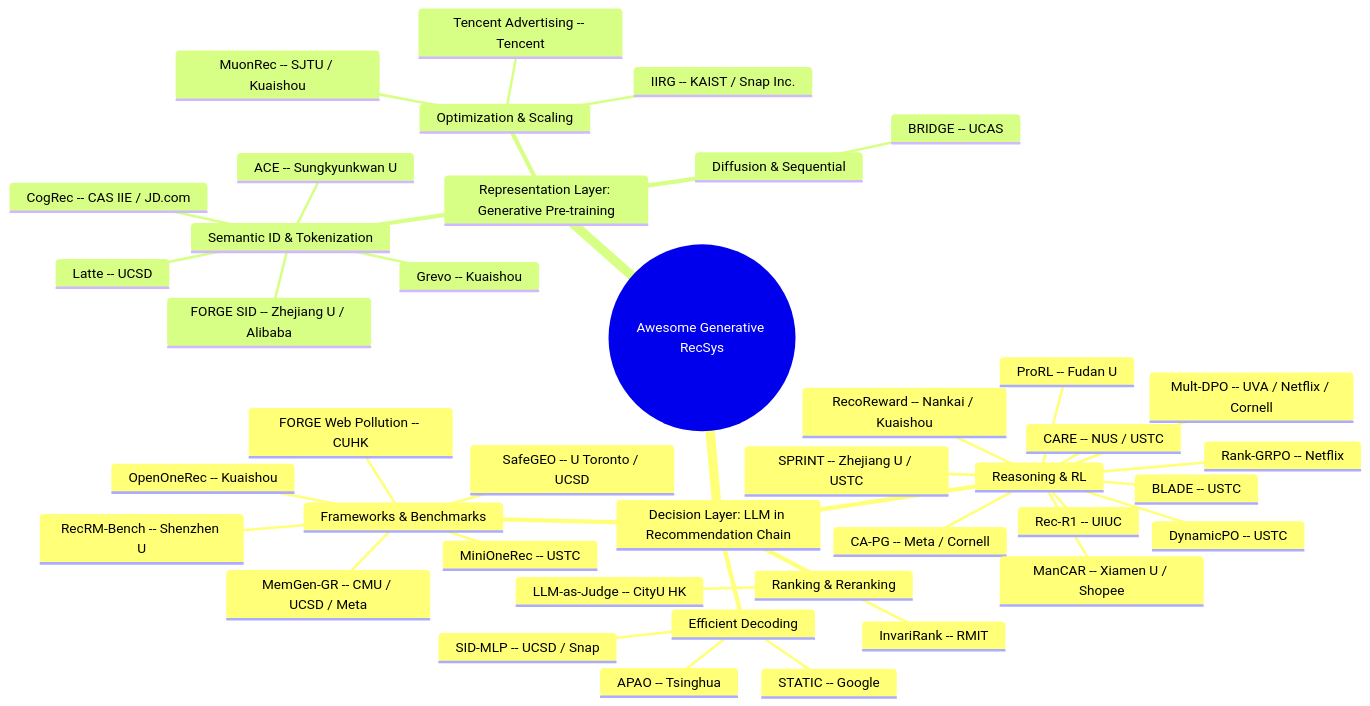
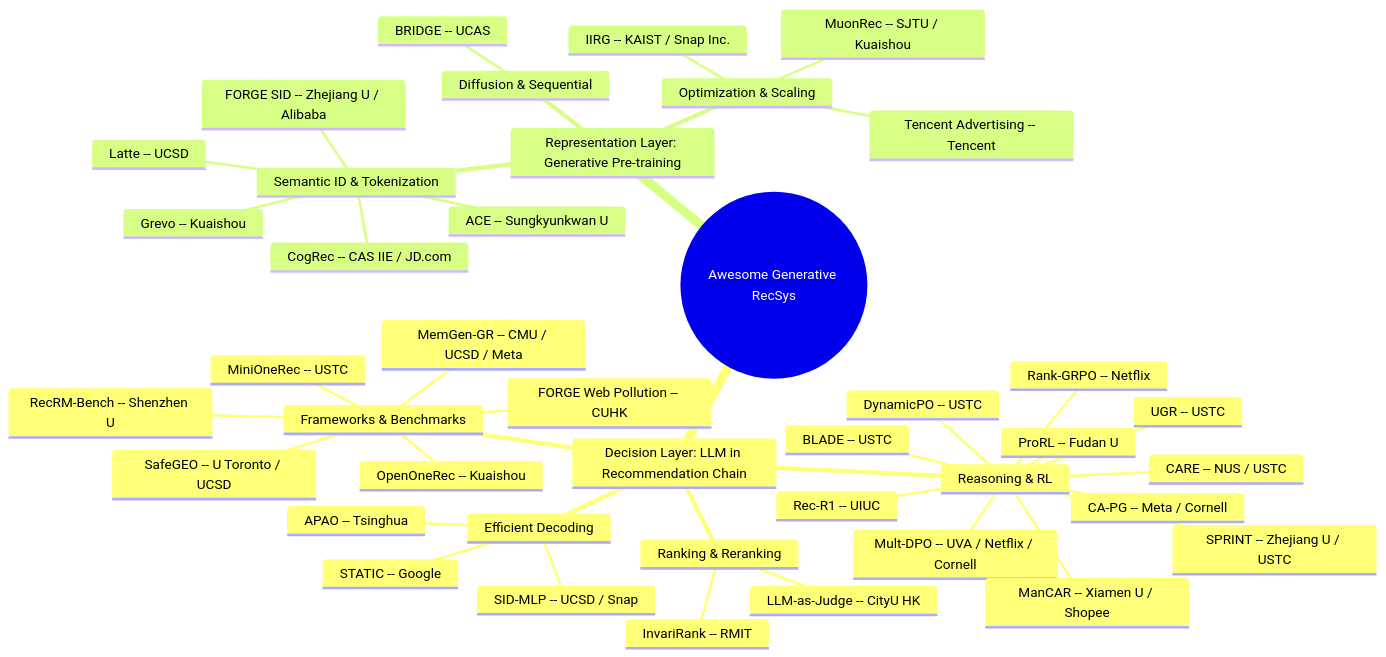
One commit to HaFred/awesome-generative-recsys changed the diagram in README.md. Above: the diagram before and after it, drawn with Mermaid. The commit also changed other lines of this file and 3 other files, not shown here.

````diff
--- a/README.md
+++ b/README.md
@@ -28,44 +28,44 @@
 ```mermaid
 mindmap
   root((Awesome Generative RecSys))
     Decision Layer: LLM in Recommendation Chain
       Reasoning & RL
         Rank-GRPO -- Netflix
         DynamicPO -- USTC
         BLADE -- USTC
         SPRINT -- Zhejiang U / USTC
         Mult-DPO -- UVA / Netflix / Cornell
         CA-PG -- Meta / Cornell
         ProRL -- Fudan U
         Rec-R1 -- UIUC
         ManCAR -- Xiamen U / Shopee
         CARE -- NUS / USTC
-        RecoReward -- Nankai / Kuaishou
+        UGR -- USTC
       Ranking & Reranking
         InvariRank -- RMIT
         LLM-as-Judge -- CityU HK
       Frameworks & Benchmarks
         MiniOneRec -- USTC
         OpenOneRec -- Kuaishou
         RecRM-Bench -- Shenzhen U
         SafeGEO -- U Toronto / UCSD
         MemGen-GR -- CMU / UCSD / Meta
         FORGE Web Pollution -- CUHK
       Efficient Decoding
         STATIC -- Google
         APAO -- Tsinghua
         SID-MLP -- UCSD / Snap
     Representation Layer: Generative Pre-training
       Semantic ID & Tokenization
         Latte -- UCSD
         FORGE SID -- Zhejiang U / Alibaba
         ACE -- Sungkyunkwan U
         CogRec -- CAS IIE / JD.com
         Grevo -- Kuaishou
       Diffusion & Sequential
         BRIDGE -- UCAS
       Optimization & Scaling
         MuonRec -- SJTU / Kuaishou
         Tencent Advertising -- Tencent
         IIRG -- KAIST / Snap Inc.
 ```
````
